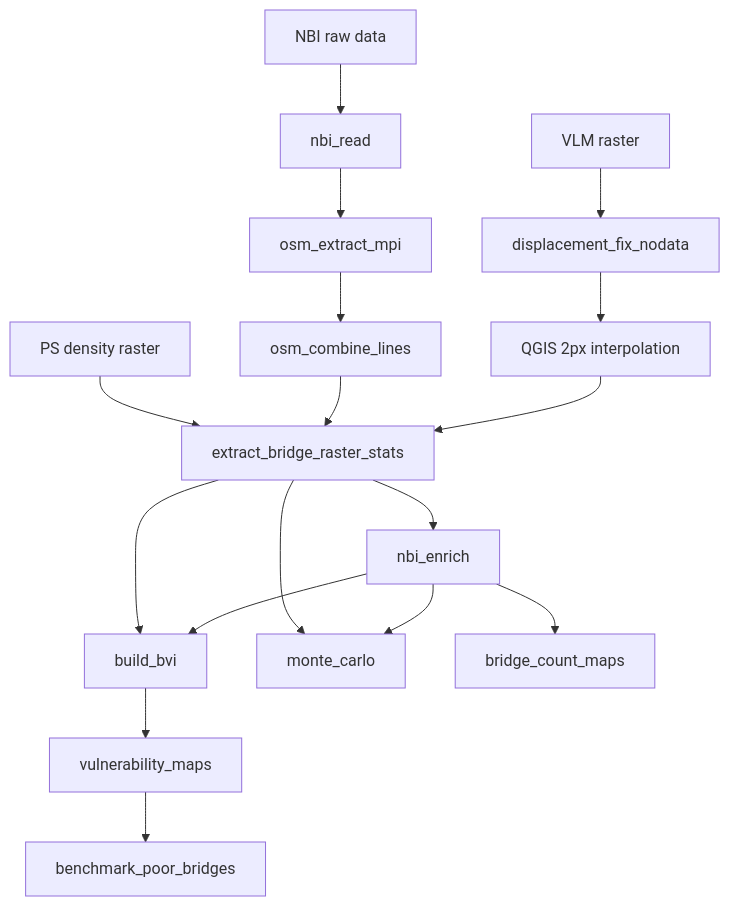
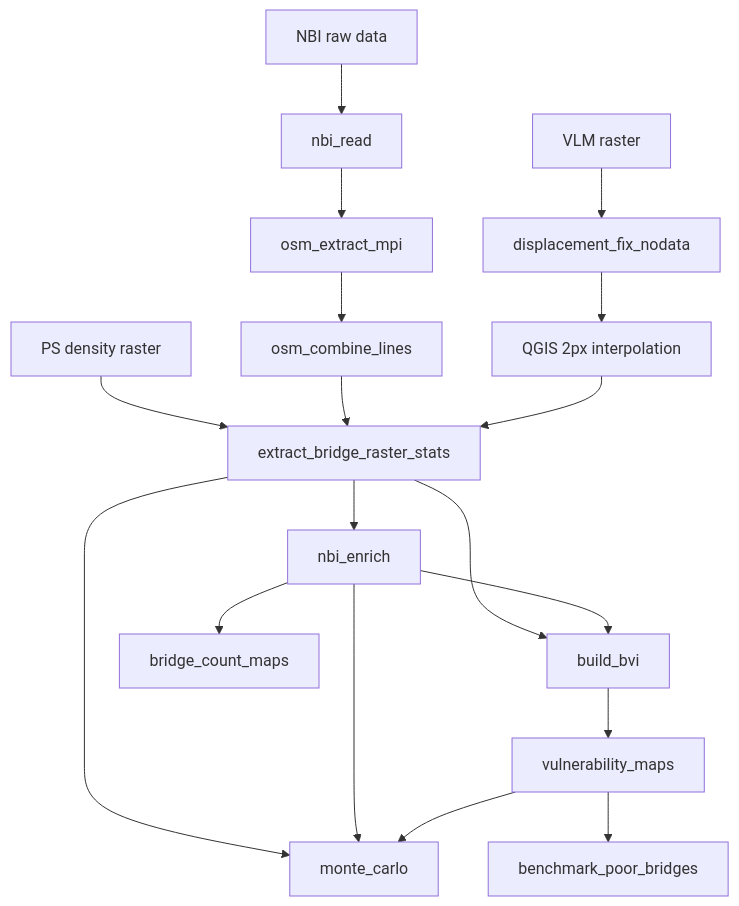
Before and after one commit to SafeStruct/SocialEquityBridge: the diagram in README.md, drawn with Mermaid. The commit also changed other lines of this file and 11 other files, not shown here.

````diff
--- a/README.md
+++ b/README.md
@@ -327,19 +334,20 @@
 ```mermaid
 flowchart TD
     A[NBI raw data] --> B[nbi_read]
     B --> E[osm_extract_mpi]
     E --> F[osm_combine_lines]
     G[VLM raster] --> H[displacement_fix_nodata]
     H --> H2[QGIS 2px interpolation]
     I[PS density raster] --> J[extract_bridge_raster_stats]
     F --> J
     H2 --> J
     J --> C[nbi_enrich]
     J --> K[build_bvi]
     J --> N[monte_carlo]
     C --> K
     K --> L[vulnerability_maps]
     C --> M[bridge_count_maps]
     C --> N
+    L --> N
     L --> P[benchmark_poor_bridges]
 ```
````
